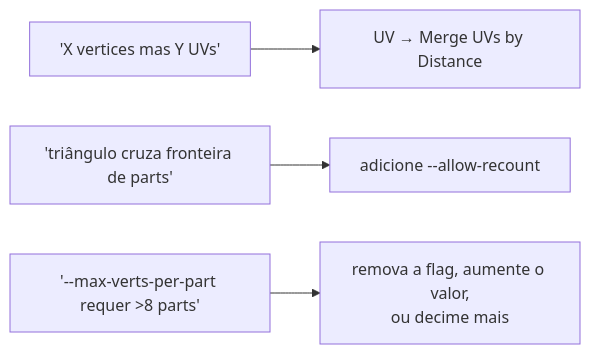
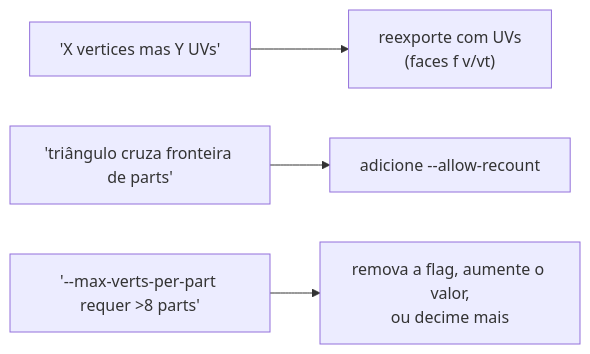
The second of 3 diagrams in docs/07-debugging-guide.md (FVitor7/wepes3d), drawn with Mermaid before and after one commit. The commit also changed other lines of this file and 18 other files, not shown here.

````diff
--- a/docs/07-debugging-guide.md
+++ b/docs/07-debugging-guide.md
@@ -105,6 +109,6 @@
 ```mermaid
 flowchart LR
-    E1["'X vertices mas Y UVs'"] --> F1["UV → Merge UVs by Distance"]
+    E1["'X vertices mas Y UVs'"] --> F1["reexporte com UVs<br/>(faces f v/vt)"]
     E2["'triângulo cruza fronteira de parts'"] --> F2["adicione --allow-recount"]
     E3["'--max-verts-per-part requer >8 parts'"] --> F3["remova a flag, aumente o valor,<br/>ou decime mais"]
 ```
````
